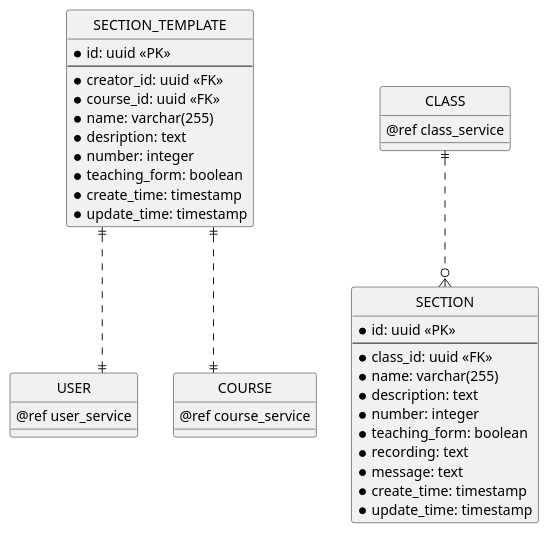
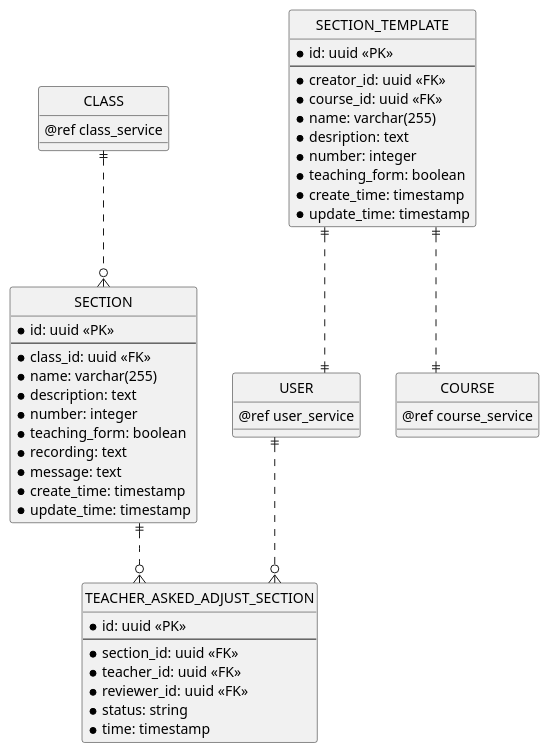
One commit to chungnguyenbkcse/ERD-USECASE-KIDSDRAWING changed the seventh of 12 diagrams in erd.md. Above: the diagram before and after it, drawn with PlantUML. The commit also changed other lines of this file and 1 other file, not shown here.

Commit message:
edit tutorial

````diff
--- a/erd.md
+++ b/erd.md
@@ -396,54 +396,66 @@
 ```plantuml
 @startuml section_service
 ' hide the spot
 hide circle
 
 ' avoid problems with angled crows feet
 skinparam linetype ortho
 
 entity "USER" as user {
     @ref user_service
 }
 
 entity "COURSE" as course {
     @ref course_service
 }
 
 entity "SECTION" as section {
     * id: uuid <<PK>>
     --
     * class_id: uuid <<FK>>
     * name: varchar(255)
     * description: text
     * number: integer
     * teaching_form: boolean
     * recording: text
     * message: text
     * create_time: timestamp
     * update_time: timestamp
 }
 
 entity "SECTION_TEMPLATE" as section_template {
     * id: uuid <<PK>>
     --
     * creator_id: uuid <<FK>>
     * course_id: uuid <<FK>>
     * name: varchar(255)
     * desription: text
     * number: integer
     * teaching_form: boolean
     * create_time: timestamp
     * update_time: timestamp
 }
 
+entity "TEACHER_ASKED_ADJUST_SECTION" as teacher_asked_adjust_section {
+    * id: uuid <<PK>>
+    --
+    * section_id: uuid <<FK>>
+    * teacher_id: uuid <<FK>>
+    * reviewer_id: uuid <<FK>>
+    * status: string
+    * time: timestamp
+}
+
 
 entity "CLASS" as class {
     @ref class_service
 }
 
 ' Section Relationship
 class ||..o{ section
 section_template ||..|| user
+user ||..o{ teacher_asked_adjust_section
+section ||..o{ teacher_asked_adjust_section
 section_template ||..|| course
 @enduml
 ```
````
